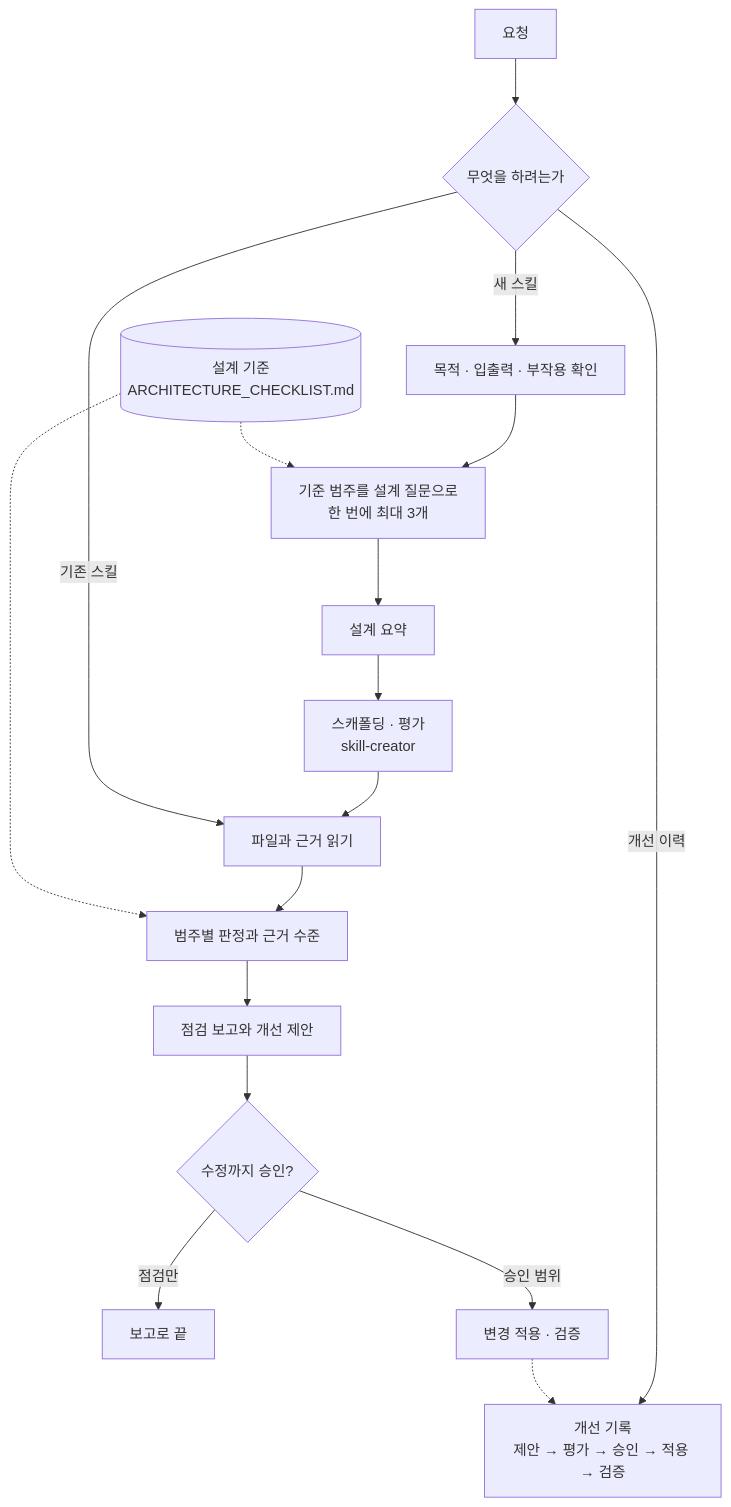
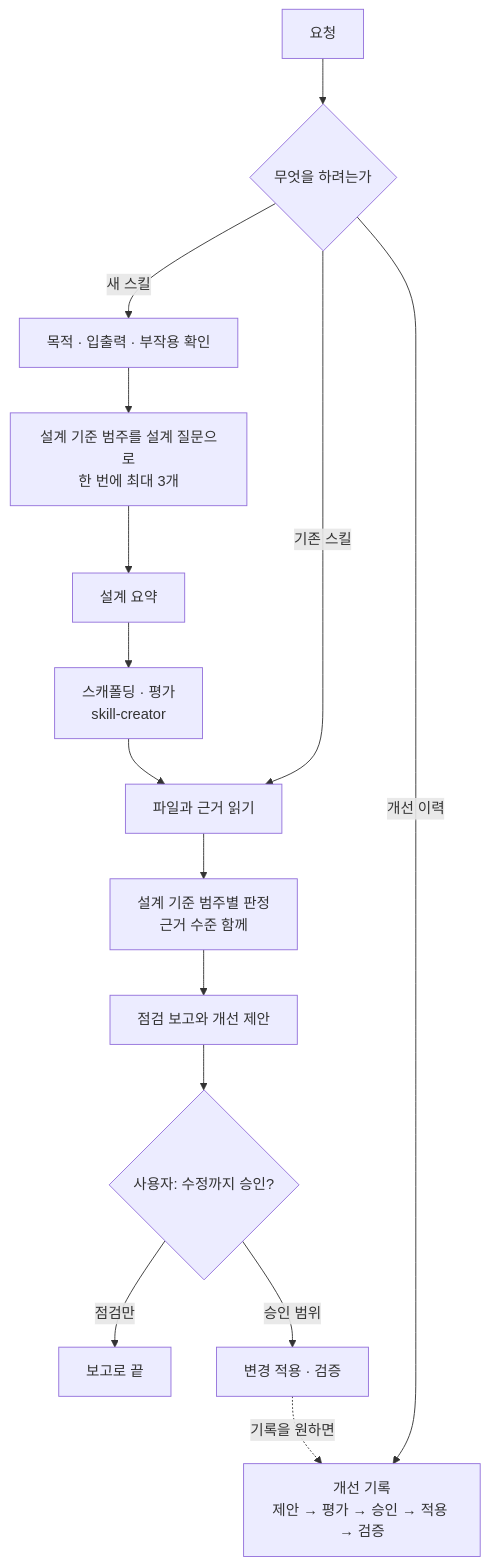
Before and after one commit to seo0tak/agent-skills: the diagram in plugins/skill-architect/skills/skill-architect/README.md, drawn with Mermaid. The commit also changed 13 other files, not shown here.

First line of the commit message:
docs: 다이어그램 시인성·흐름도 점검 반영

````diff
--- a/plugins/skill-architect/skills/skill-architect/README.md
+++ b/plugins/skill-architect/skills/skill-architect/README.md
@@ -13,20 +13,17 @@
 ```mermaid
 flowchart TD
-  std[("설계 기준<br/>ARCHITECTURE_CHECKLIST.md")]
   req["요청"] --> kind{"무엇을 하려는가"}
   kind -- "새 스킬" --> d1["목적 · 입출력 · 부작용 확인"]
-  d1 --> d2["기준 범주를 설계 질문으로<br/>한 번에 최대 3개"]
+  d1 --> d2["설계 기준 범주를 설계 질문으로<br/>한 번에 최대 3개"]
   d2 --> d3["설계 요약"]
   d3 --> d4["스캐폴딩 · 평가<br/>skill-creator"]
   d4 --> c1
   kind -- "기존 스킬" --> c1["파일과 근거 읽기"]
-  c1 --> c2["범주별 판정과 근거 수준"]
+  c1 --> c2["설계 기준 범주별 판정<br/>근거 수준 함께"]
   c2 --> c3["점검 보고와 개선 제안"]
-  c3 --> c4{"수정까지 승인?"}
+  c3 --> c4{"사용자: 수정까지 승인?"}
   c4 -- "점검만" --> done["보고로 끝"]
   c4 -- "승인 범위" --> c5["변경 적용 · 검증"]
   kind -- "개선 이력" --> t1["개선 기록<br/>제안 → 평가 → 승인 → 적용 → 검증"]
-  std -.-> d2
-  std -.-> c2
-  c5 -.-> t1
+  c5 -. "기록을 원하면" .-> t1
 ```
````
